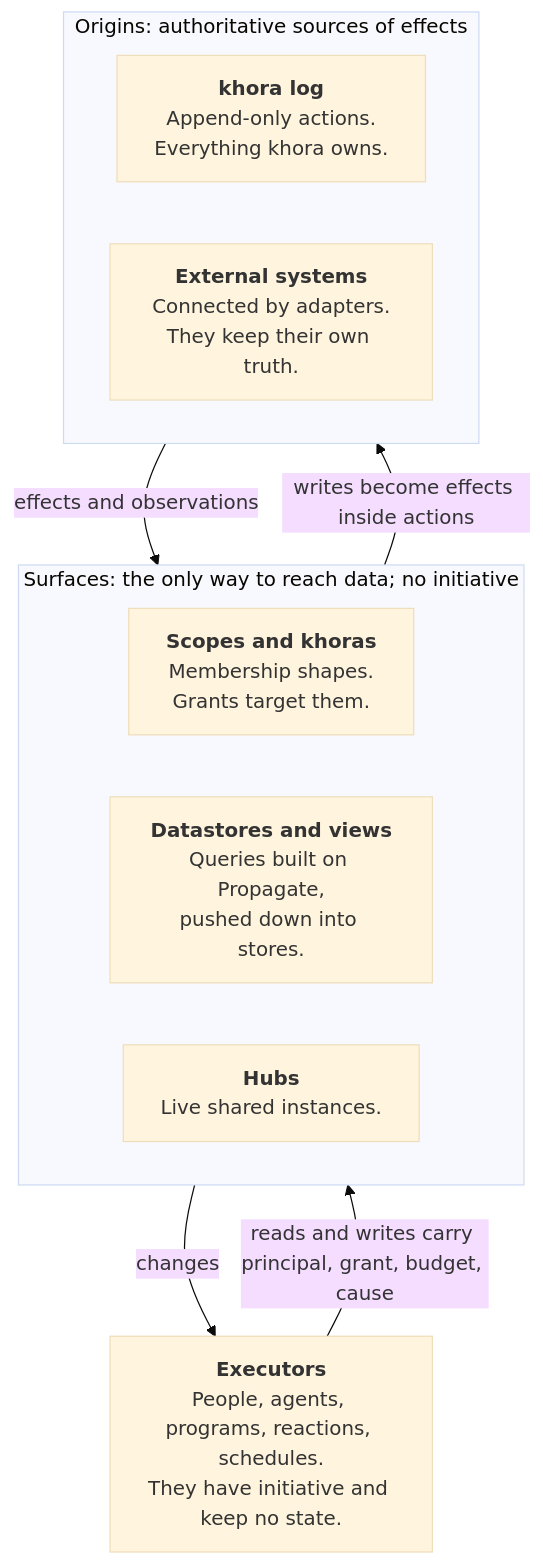
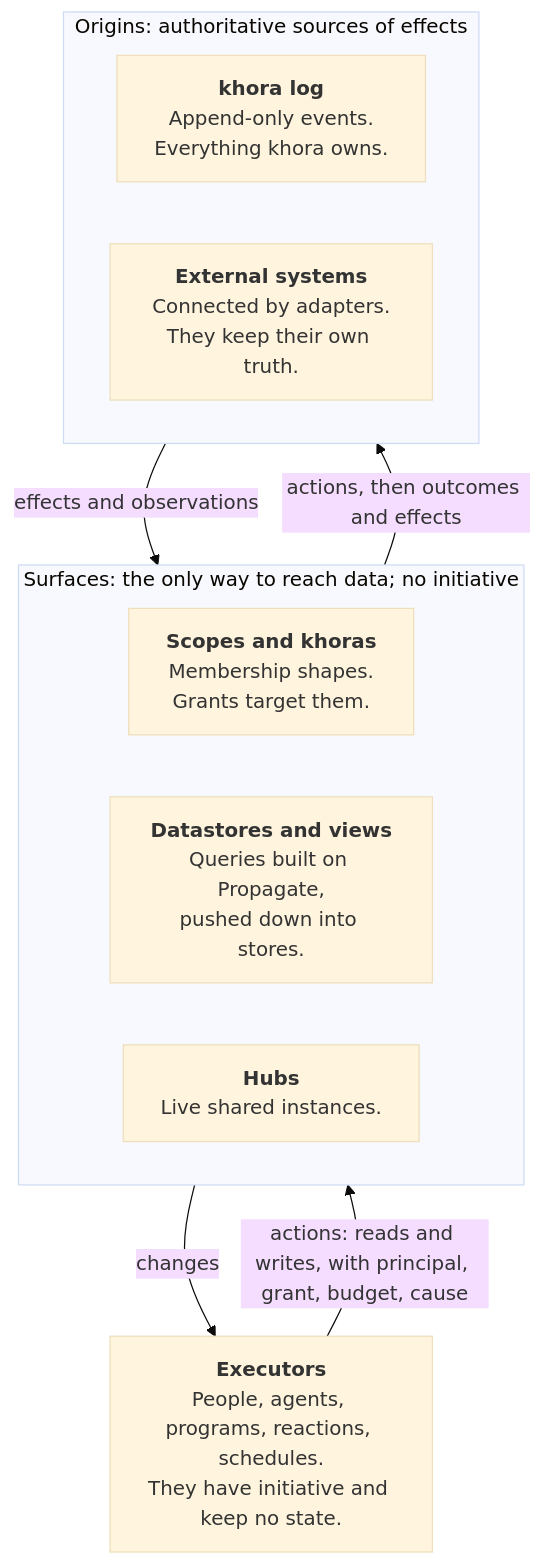
The first of 2 diagrams in docs/implementation-plan.md (ZlGusht/khora), drawn with Mermaid (base theme) before and after one commit. The commit also changed other lines of this file and 8 other files, not shown here.

First line of the commit message:
Draft: events as the unit of the log, kernel as code, staged plan

````diff
--- a/docs/implementation-plan.md
+++ b/docs/implementation-plan.md
@@ -26,19 +23,19 @@
 ```mermaid
 flowchart TB
   EX["<b>Executors</b><br/>People, agents, programs, reactions, schedules.<br/>They have initiative and keep no state."]
   subgraph SU["Surfaces: the only way to reach data; no initiative"]
     direction LR
     SC["<b>Scopes and khoras</b><br/>Membership shapes.<br/>Grants target them."]
     DS["<b>Datastores and views</b><br/>Queries built on Propagate,<br/>pushed down into stores."]
     HB["<b>Hubs</b><br/>Live shared instances."]
   end
   subgraph OR["Origins: authoritative sources of effects"]
     direction LR
-    LOG["<b>khora log</b><br/>Append-only actions.<br/>Everything khora owns."]
+    LOG["<b>khora log</b><br/>Append-only events.<br/>Everything khora owns."]
     EXT["<b>External systems</b><br/>Connected by adapters.<br/>They keep their own truth."]
   end
-  EX -- "reads and writes carry principal, grant, budget, cause" --> SU
+  EX -- "actions: reads and writes, with principal, grant, budget, cause" --> SU
   SU -- "changes" --> EX
-  SU -- "writes become effects inside actions" --> OR
+  SU -- "actions, then outcomes and effects" --> OR
   OR -- "effects and observations" --> SU
 ```
````
